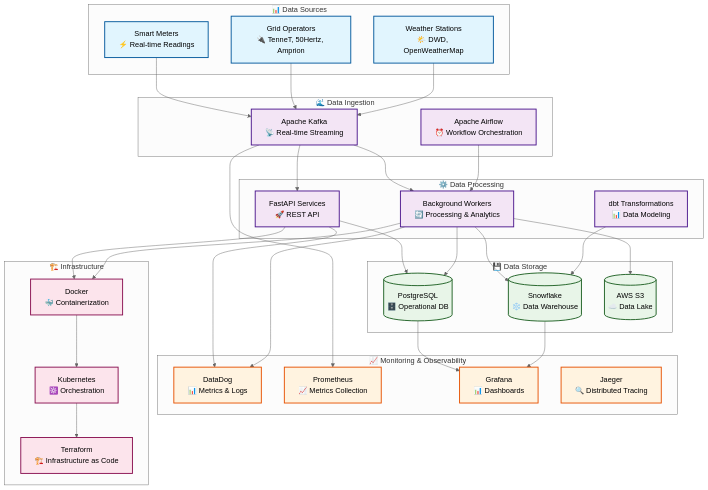
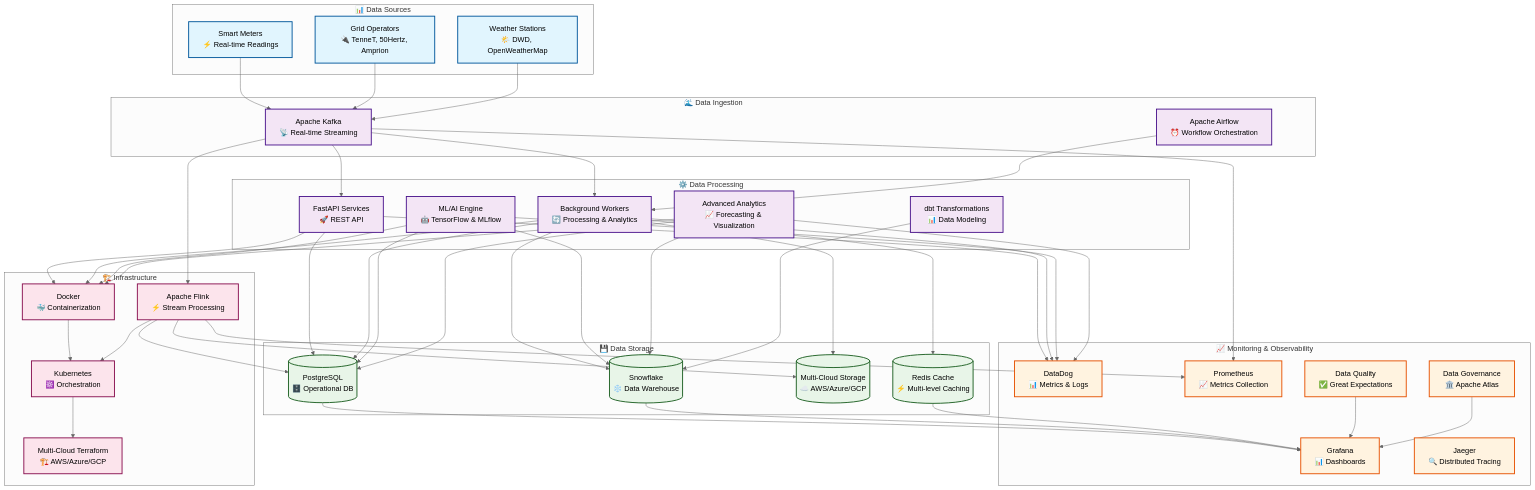
The diagram in README.md (kanhaiya-gupta/DataEngineering-metrify-smart-metering), drawn with Mermaid (neutral theme) before and after one commit. The commit also changed other lines of this file and 157 other files, not shown here.

````diff
--- a/README.md
+++ b/README.md
@@ -28,13 +28,16 @@
         API[FastAPI Services<br/>🚀 REST API]
         WORKERS[Background Workers<br/>🔄 Processing & Analytics]
         DBT[dbt Transformations<br/>📊 Data Modeling]
+        ML[ML/AI Engine<br/>🤖 TensorFlow & MLflow]
+        ANALYTICS[Advanced Analytics<br/>📈 Forecasting & Visualization]
     end
 
     %% Storage Layer
     subgraph "💾 Data Storage"
         POSTGRES[(PostgreSQL<br/>🗄️ Operational DB)]
         SNOWFLAKE[(Snowflake<br/>❄️ Data Warehouse)]
-        S3[(AWS S3<br/>☁️ Data Lake)]
+        S3[(Multi-Cloud Storage<br/>☁️ AWS/Azure/GCP)]
+        CACHE[(Redis Cache<br/>⚡ Multi-level Caching)]
     end
 
     %% Monitoring & Observability
@@ -43,13 +46,16 @@
         PROMETHEUS[Prometheus<br/>📈 Metrics Collection]
         GRAFANA[Grafana<br/>📊 Dashboards]
         JAEGER[Jaeger<br/>🔍 Distributed Tracing]
+        QUALITY[Data Quality<br/>✅ Great Expectations]
+        GOVERNANCE[Data Governance<br/>🏛️ Apache Atlas]
     end
 
     %% Infrastructure
     subgraph "🏗️ Infrastructure"
         DOCKER[Docker<br/>🐳 Containerization]
         K8S[Kubernetes<br/>☸️ Orchestration]
-        TERRAFORM[Terraform<br/>🏗️ Infrastructure as Code]
+        TERRAFORM[Multi-Cloud Terraform<br/>🏗️ AWS/Azure/GCP]
+        FLINK[Apache Flink<br/>⚡ Stream Processing]
     end
 
     %% Data Flow
@@ -59,27 +65,45 @@
     
     KAFKA --> API
     KAFKA --> WORKERS
+    KAFKA --> FLINK
     AIRFLOW --> WORKERS
     
     API --> POSTGRES
     WORKERS --> POSTGRES
     WORKERS --> SNOWFLAKE
     WORKERS --> S3
+    WORKERS --> CACHE
+    
+    ML --> POSTGRES
+    ML --> SNOWFLAKE
+    ANALYTICS --> POSTGRES
+    ANALYTICS --> SNOWFLAKE
     
     DBT --> SNOWFLAKE
+    FLINK --> POSTGRES
+    FLINK --> S3
     
     %% Monitoring connections
     API --> DATADOG
     WORKERS --> DATADOG
+    ML --> DATADOG
+    ANALYTICS --> DATADOG
     KAFKA --> PROMETHEUS
+    FLINK --> PROMETHEUS
     POSTGRES --> GRAFANA
     SNOWFLAKE --> GRAFANA
+    CACHE --> GRAFANA
+    QUALITY --> GRAFANA
+    GOVERNANCE --> GRAFANA
     
     %% Infrastructure connections
     API --> DOCKER
     WORKERS --> DOCKER
+    ML --> DOCKER
+    ANALYTICS --> DOCKER
     DOCKER --> K8S
     K8S --> TERRAFORM
+    FLINK --> K8S
 
     %% Styling
     classDef dataSource fill:#e1f5fe,stroke:#01579b,stroke-width:2px
@@ -89,8 +113,8 @@
     classDef infrastructure fill:#fce4ec,stroke:#880e4f,stroke-width:2px
 
     class SM,GO,WS dataSource
-    class KAFKA,AIRFLOW,API,WORKERS,DBT processing
-    class POSTGRES,SNOWFLAKE,S3 storage
-    class DATADOG,PROMETHEUS,GRAFANA,JAEGER monitoring
-    class DOCKER,K8S,TERRAFORM infrastructure
+    class KAFKA,AIRFLOW,API,WORKERS,DBT,ML,ANALYTICS processing
+    class POSTGRES,SNOWFLAKE,S3,CACHE storage
+    class DATADOG,PROMETHEUS,GRAFANA,JAEGER,QUALITY,GOVERNANCE monitoring
+    class DOCKER,K8S,TERRAFORM,FLINK infrastructure
 ```
````
